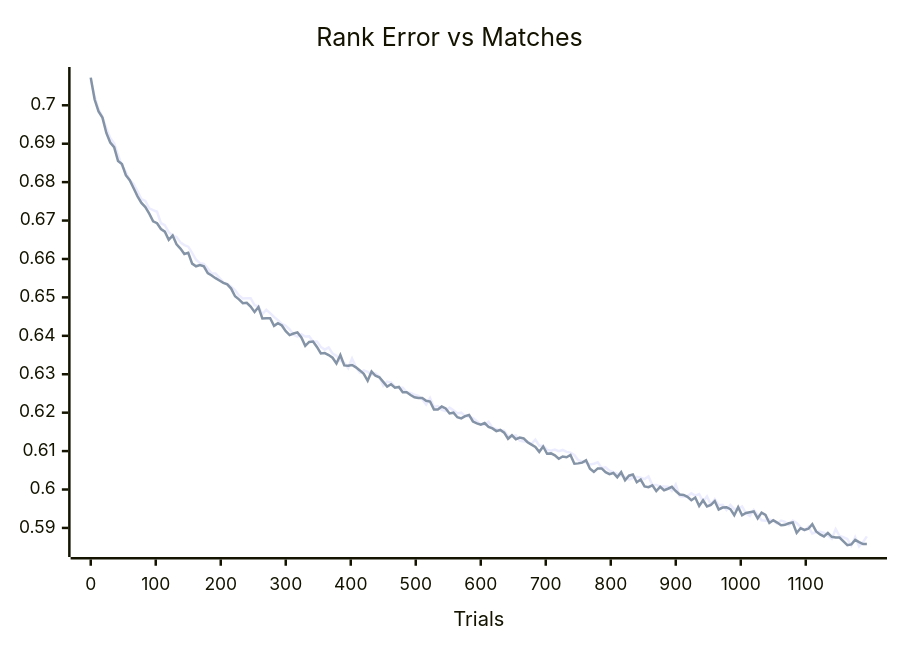
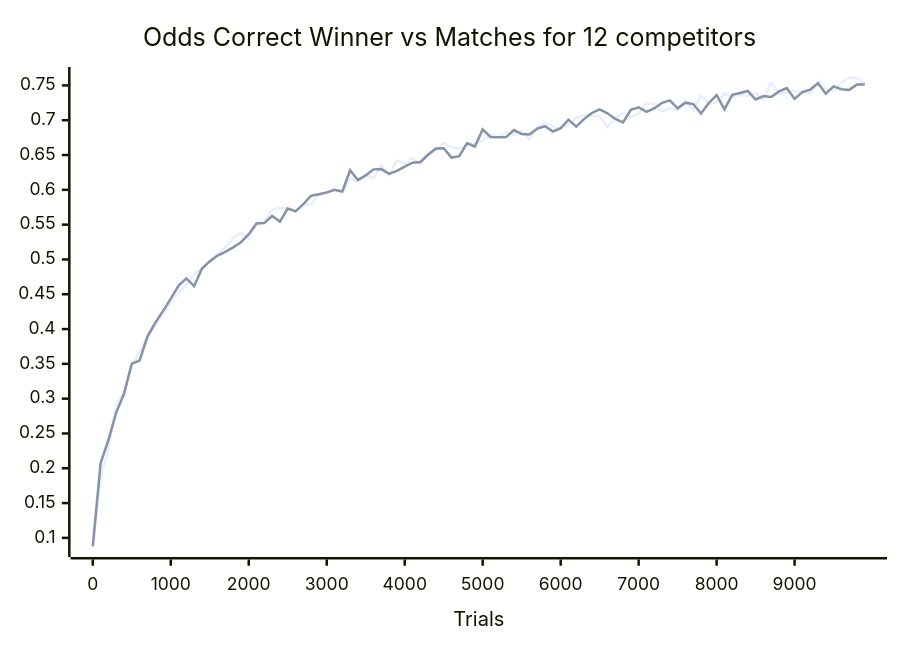
Before and after one commit to willcoffey/bradley-terry: the third of 3 diagrams in README.md, drawn with Mermaid. The commit also changed other lines of this file and 3 other files, not shown here.

````diff
--- a/README.md
+++ b/README.md
@@ -116,7 +97,7 @@
 ```mermaid
 xychart-beta
-    title "Rank Error vs Matches"
-    x-axis "Trials" 0 --> 1194
-    line "Random" [0.7066, 0.7023, 0.6990, 0.6970, 0.6940, 0.6915, 0.6901, 0.6871, 0.6843, 0.6827, 0.6805, 0.6795, 0.6776, 0.6756, 0.6751, 0.6732, 0.6727, 0.6723, 0.6693, 0.6688, 0.6670, 0.6661, 0.6657, 0.6643, 0.6636, 0.6632, 0.6616, 0.6598, 0.6589, 0.6587, 0.6575, 0.6562, 0.6562, 0.6551, 0.6539, 0.6535, 0.6528, 0.6519, 0.6505, 0.6497, 0.6498, 0.6498, 0.6480, 0.6477, 0.6456, 0.6468, 0.6459, 0.6449, 0.6441, 0.6431, 0.6426, 0.6417, 0.6403, 0.6398, 0.6404, 0.6398, 0.6399, 0.6385, 0.6385, 0.6371, 0.6364, 0.6370, 0.6354, 0.6348, 0.6335, 0.6330, 0.6316, 0.6341, 0.6318, 0.6304, 0.6310, 0.6306, 0.6299, 0.6302, 0.6294, 0.6270, 0.6281, 0.6279, 0.6268, 0.6265, 0.6265, 0.6253, 0.6251, 0.6247, 0.6244, 0.6235, 0.6221, 0.6238, 0.6215, 0.6217, 0.6207, 0.6204, 0.6213, 0.6206, 0.6198, 0.6200, 0.6191, 0.6189, 0.6186, 0.6178, 0.6170, 0.6168, 0.6176, 0.6161, 0.6157, 0.6154, 0.6153, 0.6139, 0.6139, 0.6141, 0.6127, 0.6125, 0.6125, 0.6118, 0.6130, 0.6114, 0.6114, 0.6103, 0.6101, 0.6104, 0.6100, 0.6103, 0.6098, 0.6096, 0.6090, 0.6076, 0.6073, 0.6070, 0.6065, 0.6067, 0.6071, 0.6056, 0.6058, 0.6049, 0.6045, 0.6041, 0.6036, 0.6033, 0.6026, 0.6030, 0.6033, 0.6031, 0.6027, 0.6034, 0.6012, 0.6012, 0.6008, 0.6008, 0.6007, 0.5996, 0.6013, 0.5983, 0.5981, 0.5983, 0.5990, 0.5984, 0.5988, 0.5969, 0.5982, 0.5961, 0.5975, 0.5959, 0.5960, 0.5947, 0.5960, 0.5949, 0.5950, 0.5956, 0.5938, 0.5931, 0.5947, 0.5934, 0.5920, 0.5919, 0.5922, 0.5919, 0.5911, 0.5919, 0.5916, 0.5907, 0.5919, 0.5913, 0.5902, 0.5893, 0.5903, 0.5885, 0.5890, 0.5890, 0.5887, 0.5880, 0.5872, 0.5897, 0.5879, 0.5876, 0.5871, 0.5854, 0.5876, 0.5852, 0.5863, 0.5878]
-    line "Random" [0.7072, 0.7015, 0.6984, 0.6968, 0.6928, 0.6903, 0.6891, 0.6855, 0.6847, 0.6818, 0.6805, 0.6784, 0.6763, 0.6746, 0.6735, 0.6718, 0.6698, 0.6693, 0.6678, 0.6671, 0.6650, 0.6661, 0.6638, 0.6627, 0.6613, 0.6616, 0.6588, 0.6581, 0.6584, 0.6581, 0.6563, 0.6557, 0.6550, 0.6544, 0.6538, 0.6534, 0.6523, 0.6503, 0.6495, 0.6485, 0.6486, 0.6476, 0.6462, 0.6475, 0.6445, 0.6446, 0.6446, 0.6426, 0.6433, 0.6427, 0.6412, 0.6402, 0.6406, 0.6409, 0.6396, 0.6374, 0.6384, 0.6385, 0.6371, 0.6354, 0.6355, 0.6350, 0.6343, 0.6328, 0.6350, 0.6323, 0.6322, 0.6324, 0.6318, 0.6310, 0.6301, 0.6283, 0.6307, 0.6296, 0.6292, 0.6280, 0.6268, 0.6274, 0.6265, 0.6267, 0.6253, 0.6253, 0.6246, 0.6240, 0.6238, 0.6238, 0.6231, 0.6229, 0.6208, 0.6208, 0.6216, 0.6211, 0.6198, 0.6200, 0.6188, 0.6185, 0.6191, 0.6194, 0.6177, 0.6172, 0.6169, 0.6173, 0.6163, 0.6159, 0.6152, 0.6155, 0.6148, 0.6132, 0.6141, 0.6131, 0.6135, 0.6133, 0.6123, 0.6117, 0.6111, 0.6098, 0.6112, 0.6093, 0.6094, 0.6089, 0.6080, 0.6086, 0.6084, 0.6090, 0.6067, 0.6068, 0.6070, 0.6076, 0.6054, 0.6046, 0.6055, 0.6055, 0.6045, 0.6040, 0.6043, 0.6032, 0.6045, 0.6024, 0.6036, 0.6039, 0.6019, 0.6026, 0.6008, 0.6006, 0.6011, 0.5996, 0.6007, 0.5998, 0.6002, 0.6007, 0.5996, 0.5987, 0.5986, 0.5981, 0.5972, 0.5979, 0.5957, 0.5972, 0.5956, 0.5960, 0.5970, 0.5948, 0.5953, 0.5954, 0.5949, 0.5933, 0.5954, 0.5933, 0.5939, 0.5941, 0.5943, 0.5925, 0.5940, 0.5934, 0.5913, 0.5920, 0.5914, 0.5907, 0.5908, 0.5912, 0.5914, 0.5887, 0.5899, 0.5895, 0.5898, 0.5910, 0.5891, 0.5883, 0.5878, 0.5887, 0.5877, 0.5875, 0.5875, 0.5865, 0.5855, 0.5857, 0.5869, 0.5863, 0.5858, 0.5858]
+    title "Odds Correct Winner vs Matches for 12 competitors"
+    x-axis "Trials" 0 --> 9900
+    line "Random" [0.0884, 0.1836, 0.2272, 0.2900, 0.3118, 0.3488, 0.3678, 0.3864, 0.4052, 0.4212, 0.4380, 0.4518, 0.4632, 0.4786, 0.4874, 0.4988, 0.5070, 0.5180, 0.5304, 0.5388, 0.5298, 0.5532, 0.5544, 0.5714, 0.5738, 0.5736, 0.5702, 0.5790, 0.5792, 0.5930, 0.5948, 0.5998, 0.5962, 0.6166, 0.6114, 0.6212, 0.6166, 0.6360, 0.6210, 0.6424, 0.6374, 0.6458, 0.6370, 0.6534, 0.6568, 0.6674, 0.6612, 0.6592, 0.6640, 0.6676, 0.6706, 0.6792, 0.6758, 0.6828, 0.6790, 0.6844, 0.6720, 0.6898, 0.6968, 0.6912, 0.6878, 0.6936, 0.7036, 0.7076, 0.7066, 0.7056, 0.6898, 0.7038, 0.7100, 0.7044, 0.7098, 0.7238, 0.7238, 0.7124, 0.7172, 0.7142, 0.7274, 0.7144, 0.7352, 0.7240, 0.7250, 0.7388, 0.7330, 0.7364, 0.7352, 0.7394, 0.7294, 0.7536, 0.7378, 0.7398, 0.7420, 0.7402, 0.7382, 0.7572, 0.7446, 0.7432, 0.7538, 0.7612, 0.7604, 0.7528]
+    line "Round Robin" [0.0878, 0.2072, 0.2406, 0.2800, 0.3066, 0.3502, 0.3546, 0.3892, 0.4088, 0.4258, 0.4436, 0.4624, 0.4728, 0.4618, 0.4870, 0.4972, 0.5056, 0.5110, 0.5174, 0.5248, 0.5362, 0.5516, 0.5522, 0.5626, 0.5544, 0.5730, 0.5690, 0.5794, 0.5916, 0.5936, 0.5964, 0.6000, 0.5976, 0.6280, 0.6142, 0.6208, 0.6294, 0.6298, 0.6230, 0.6272, 0.6332, 0.6390, 0.6400, 0.6504, 0.6594, 0.6598, 0.6464, 0.6484, 0.6672, 0.6622, 0.6868, 0.6760, 0.6754, 0.6758, 0.6858, 0.6802, 0.6796, 0.6880, 0.6914, 0.6838, 0.6886, 0.7008, 0.6908, 0.7016, 0.7104, 0.7156, 0.7100, 0.7018, 0.6968, 0.7150, 0.7186, 0.7120, 0.7170, 0.7250, 0.7286, 0.7172, 0.7252, 0.7232, 0.7096, 0.7248, 0.7362, 0.7156, 0.7364, 0.7392, 0.7420, 0.7298, 0.7348, 0.7334, 0.7414, 0.7462, 0.7306, 0.7404, 0.7440, 0.7530, 0.7382, 0.7486, 0.7446, 0.7436, 0.7514, 0.7512]
 ```
````
